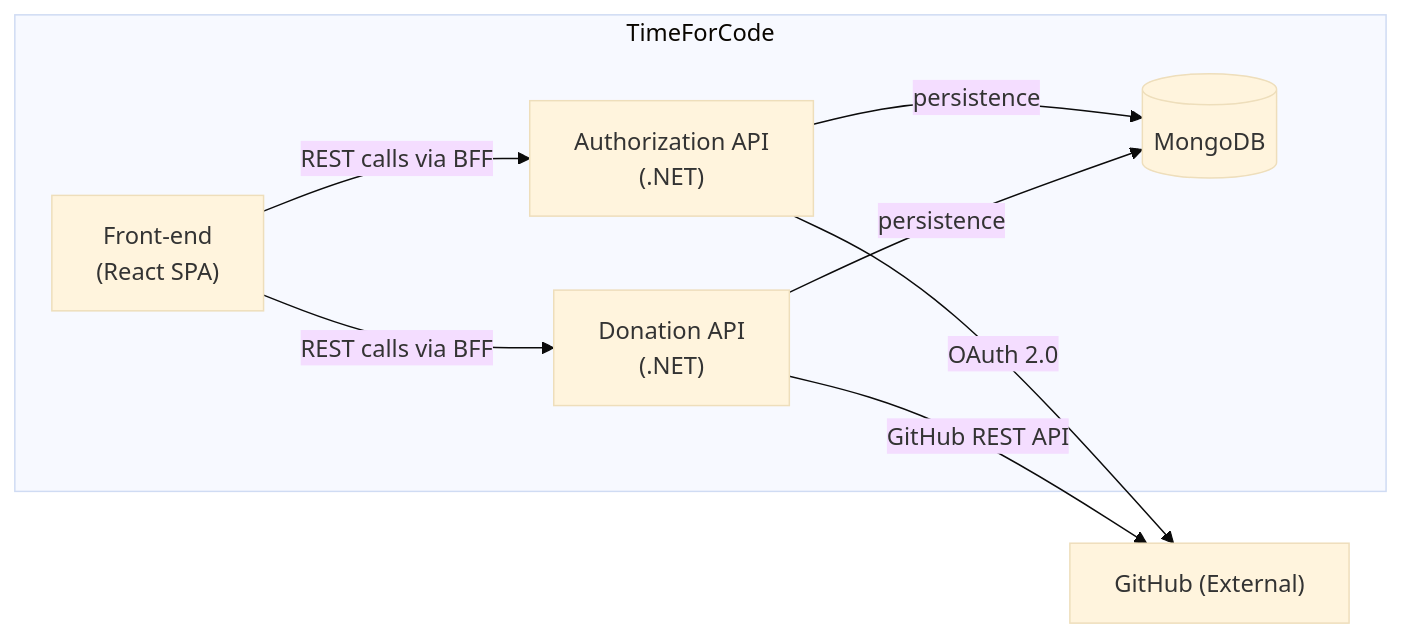
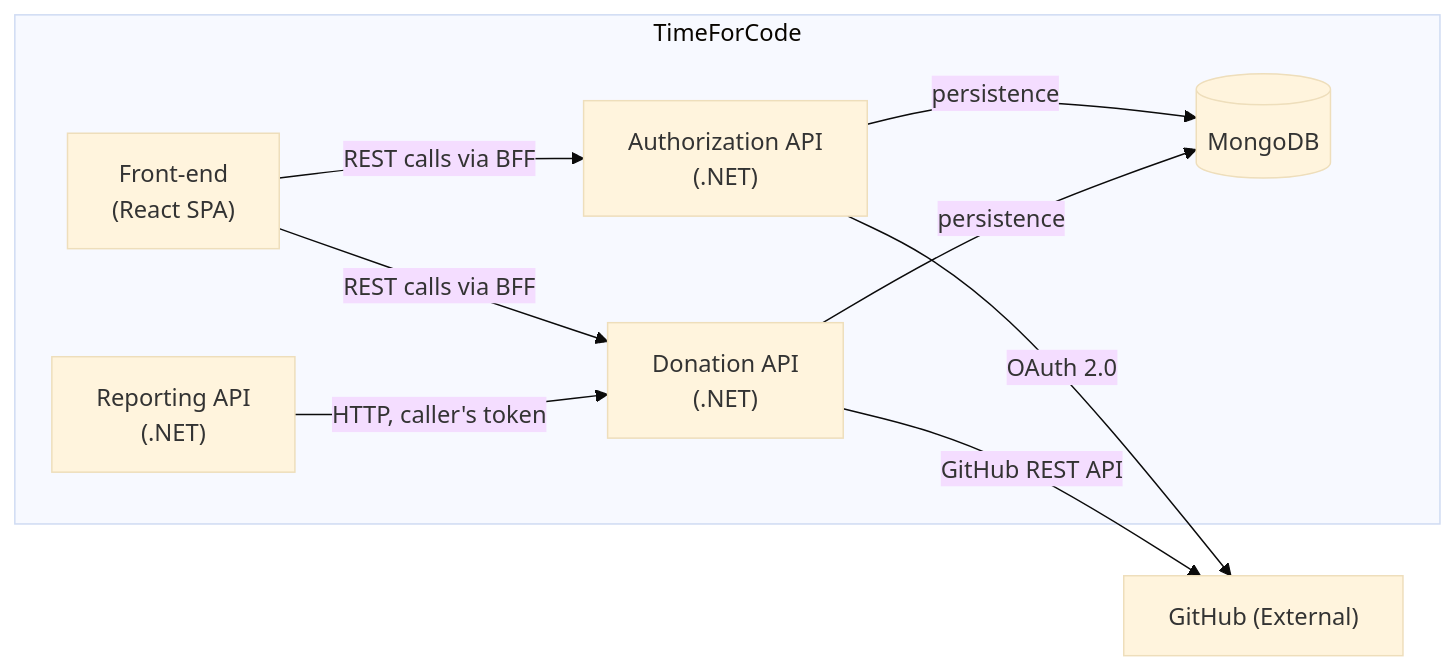
One commit to wouterfennis/TimeForCode changed the first of 4 diagrams in docs/architecture/arc42/05-building-block-view.md. Above: the diagram before and after it, drawn with Mermaid (base theme). The commit also changed other lines of this file and 139 other files, not shown here.

````diff
--- a/docs/architecture/arc42/05-building-block-view.md
+++ b/docs/architecture/arc42/05-building-block-view.md
@@ -15,18 +15,20 @@
 ```mermaid
 graph LR
     subgraph TimeForCode
         Frontend["Front-end\n(React SPA)"]
         AuthAPI["Authorization API\n(.NET)"]
         DonationAPI["Donation API\n(.NET)"]
+        ReportingAPI["Reporting API\n(.NET)"]
         MongoDB[("MongoDB")]
     end
 
     GitHub["GitHub (External)"]
 
     Frontend -->|REST calls via BFF| AuthAPI
     Frontend -->|REST calls via BFF| DonationAPI
     AuthAPI -->|OAuth 2.0| GitHub
     AuthAPI -->|persistence| MongoDB
     DonationAPI -->|GitHub REST API| GitHub
     DonationAPI -->|persistence| MongoDB
+    ReportingAPI -->|HTTP, caller's token| DonationAPI
 ```
````
